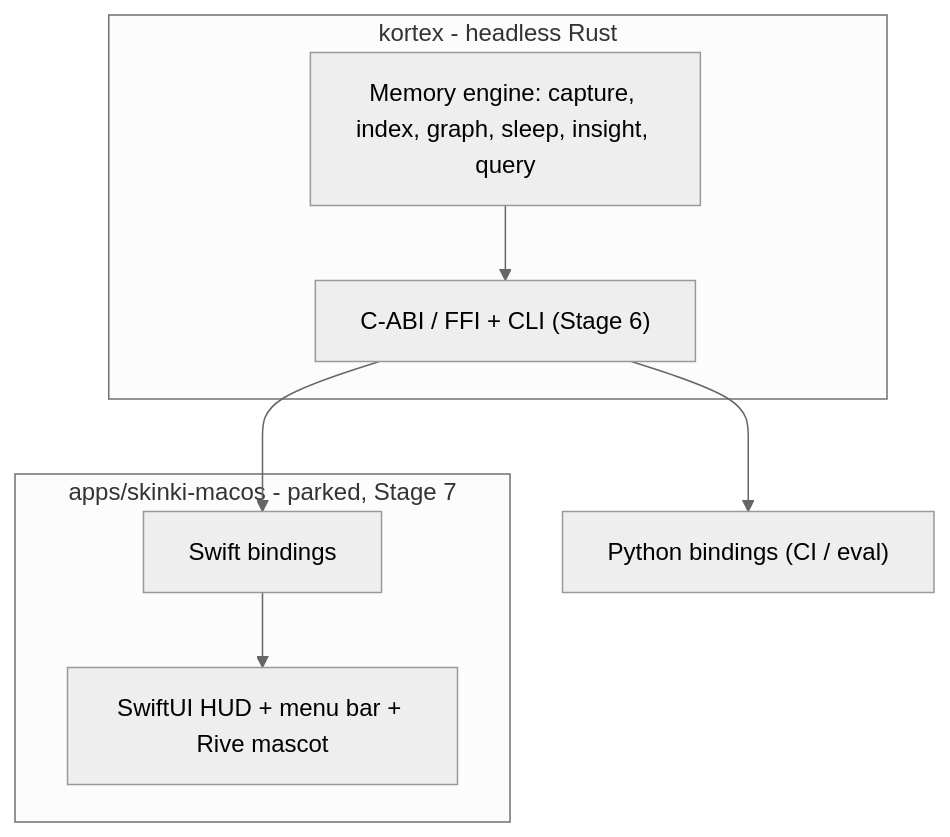
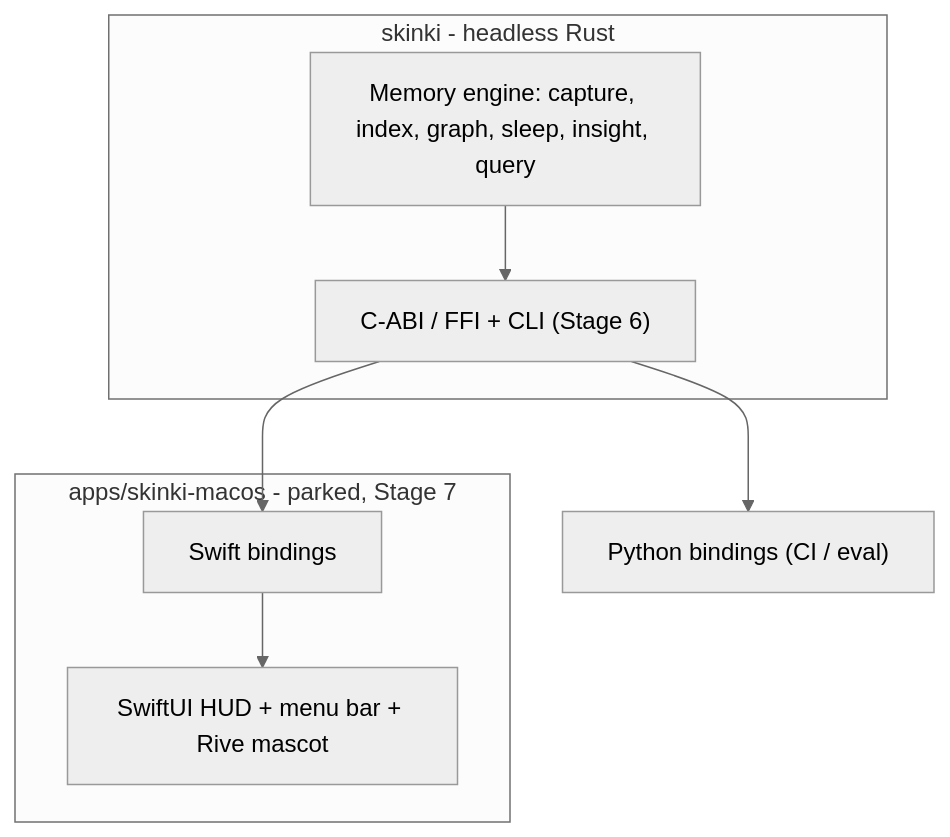
The third of 3 diagrams in ARCHITECTURE.md (raveunicorn/skinki), drawn with Mermaid (neutral theme) before and after one commit. The commit also changed other lines of this file and 105 other files, not shown here.

````diff
--- a/ARCHITECTURE.md
+++ b/ARCHITECTURE.md
@@ -100,16 +100,16 @@
 ```mermaid
 graph TD
-  subgraph engine [kortex - headless Rust]
+  subgraph engine [skinki - headless Rust]
     Core["Memory engine: capture, index, graph, sleep, insight, query"]
     FFI["C-ABI / FFI + CLI (Stage 6)"]
   end
   subgraph app [apps/skinki-macos - parked, Stage 7]
     UI["SwiftUI HUD + menu bar + Rive mascot"]
     Bind["Swift bindings"]
   end
   Py["Python bindings (CI / eval)"]
 
   Core --> FFI
   FFI --> Bind --> UI
   FFI --> Py
 ```
````
